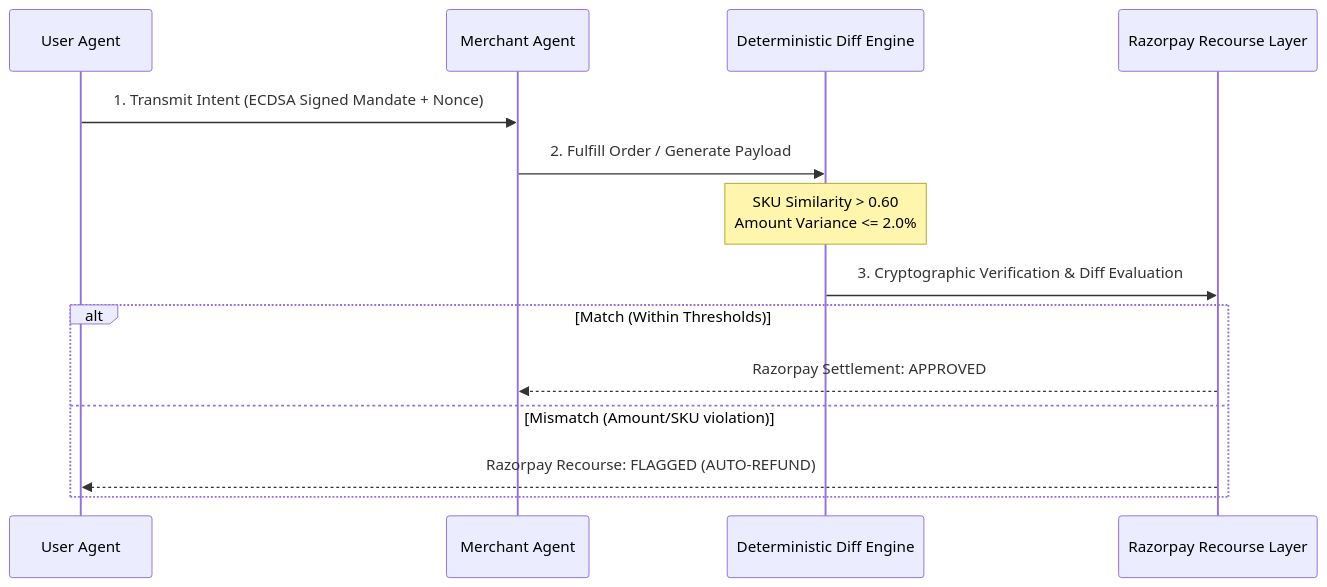
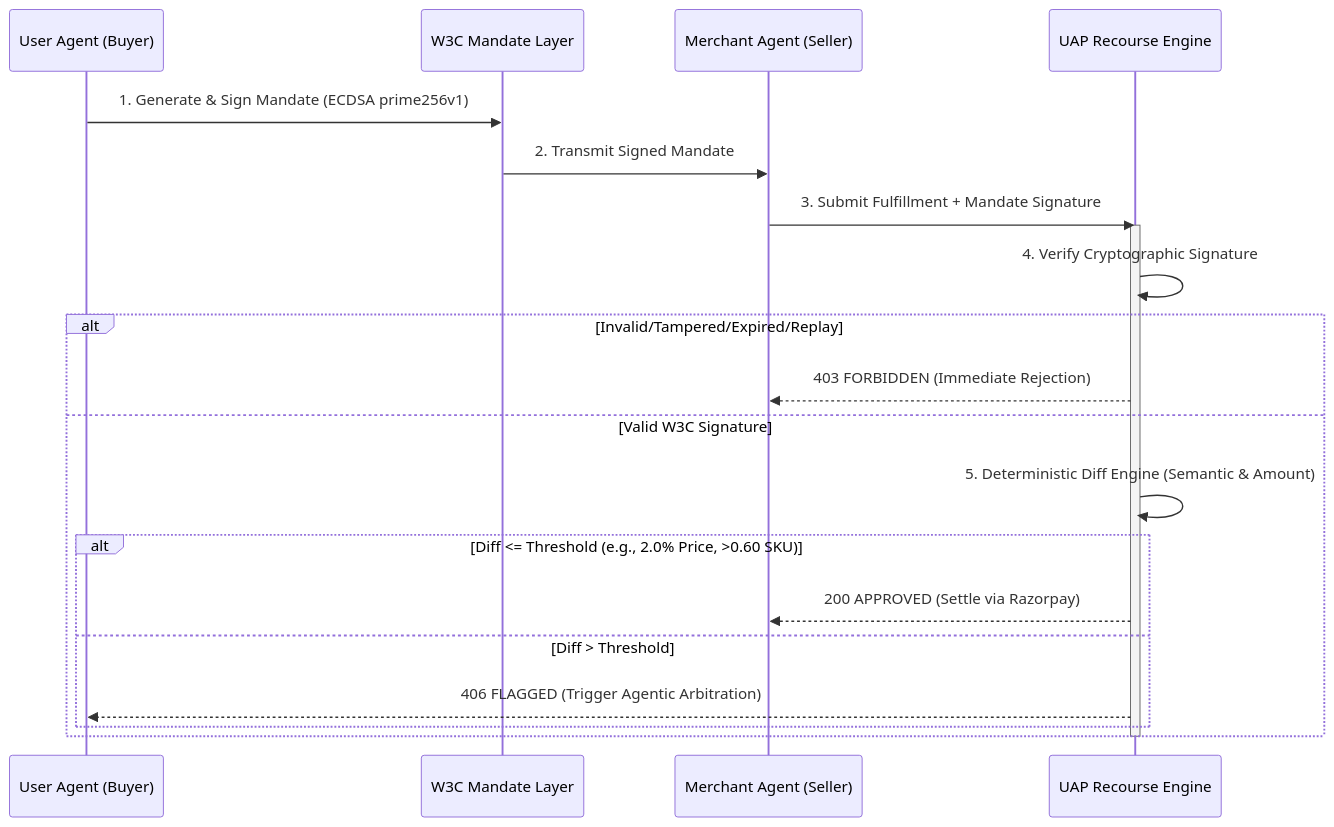
The diagram in README.md (CodeWithRJ006/mandate), drawn with Mermaid before and after one commit. The commit also changed other lines of this file and 3 other files, not shown here.

````diff
--- a/README.md
+++ b/README.md
@@ -14,18 +18,25 @@
 ```mermaid
 sequenceDiagram
-    participant UA as User Agent
-    participant M as Merchant Agent
-    participant V as Deterministic Diff Engine
-    participant R as Razorpay Recourse Layer
+    participant UserAgent as User Agent (Buyer)
+    participant Protocol as W3C Mandate Layer
+    participant MerchantAgent as Merchant Agent (Seller)
+    participant Recourse as UAP Recourse Engine
 
-    UA->>M: 1. Transmit Intent (ECDSA Signed Mandate + Nonce)
-    M->>V: 2. Fulfill Order / Generate Payload
-    note over V: SKU Similarity > 0.60<br/>Amount Variance <= 2.0%
-    V->>R: 3. Cryptographic Verification & Diff Evaluation
+    UserAgent->>Protocol: 1. Generate & Sign Mandate (ECDSA prime256v1)
+    Protocol->>MerchantAgent: 2. Transmit Signed Mandate
+    MerchantAgent->>Recourse: 3. Submit Fulfillment + Mandate Signature
     
-    alt Match (Within Thresholds)
-        R-->>M: Razorpay Settlement: APPROVED
-    else Mismatch (Amount/SKU violation)
-        R-->>UA: Razorpay Recourse: FLAGGED (AUTO-REFUND)
+    activate Recourse
+    Recourse->>Recourse: 4. Verify Cryptographic Signature
+    alt Invalid/Tampered/Expired/Replay
+        Recourse-->>MerchantAgent: 403 FORBIDDEN (Immediate Rejection)
+    else Valid W3C Signature
+        Recourse->>Recourse: 5. Deterministic Diff Engine (Semantic & Amount)
+        alt Diff <= Threshold (e.g., 2.0% Price, >0.60 SKU)
+            Recourse-->>MerchantAgent: 200 APPROVED (Settle via Razorpay)
+        else Diff > Threshold
+            Recourse-->>UserAgent: 406 FLAGGED (Trigger Agentic Arbitration)
+        end
     end
+    deactivate Recourse
 ```
````
